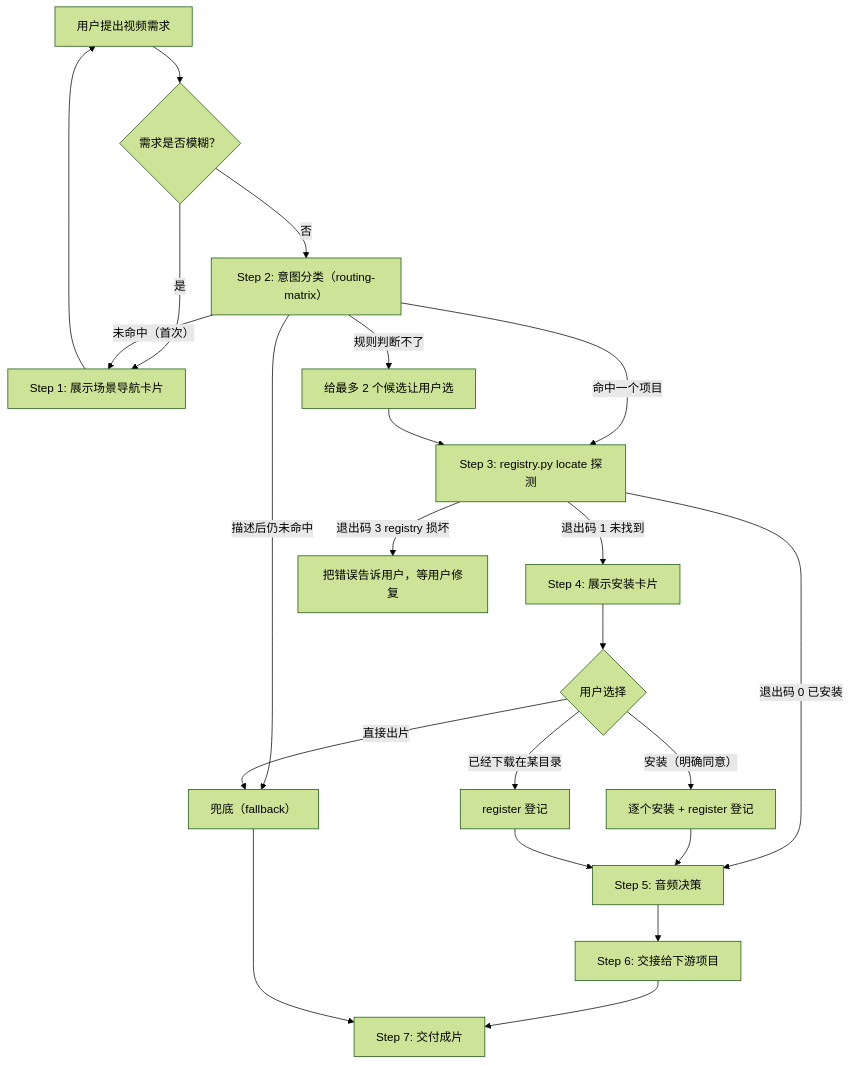
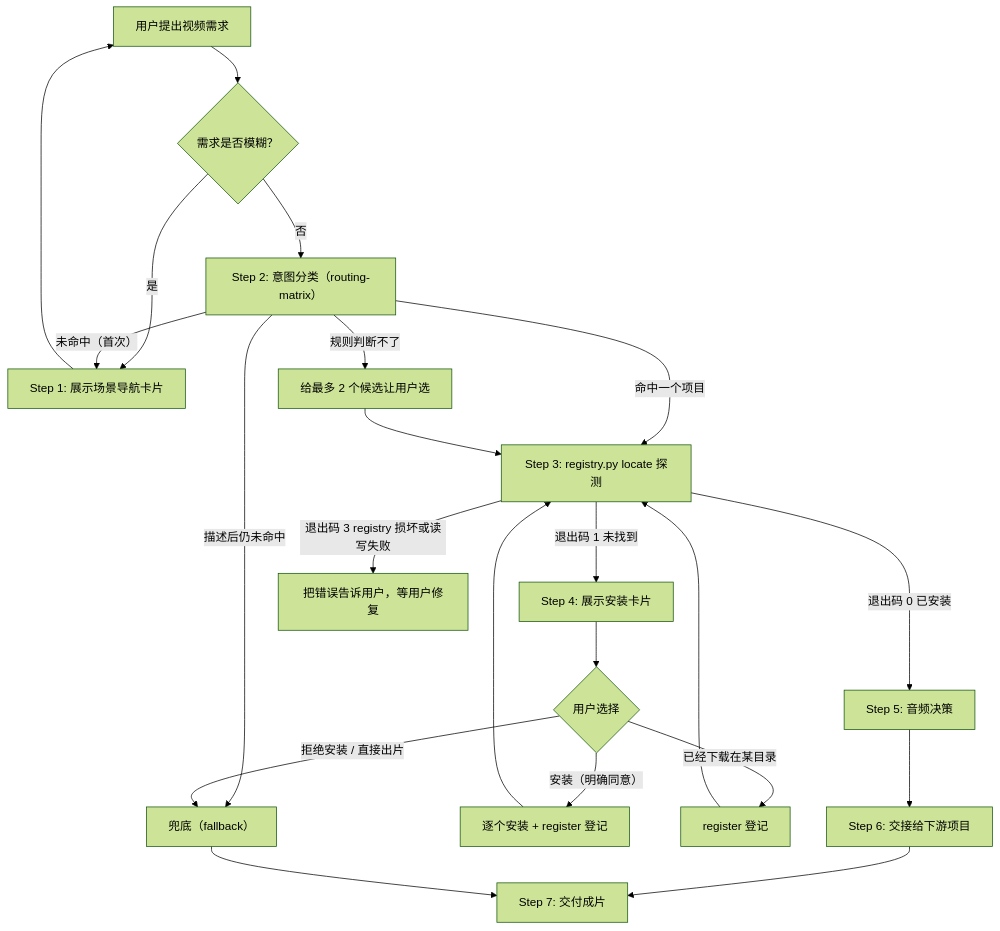
The diagram in lib/skills/leo-video-router/SKILL.md (zlpawn/shrimp), drawn with Mermaid (forest theme) before and after one commit. The commit also changed other lines of this file and 7 other files, not shown here.

First line of the commit message:
fix(leo-video-router): correct MPT audio paths and SKILL flow

````diff
--- a/lib/skills/leo-video-router/SKILL.md
+++ b/lib/skills/leo-video-router/SKILL.md
@@ -22,21 +22,21 @@
 ```mermaid
 flowchart TD
     A["用户提出视频需求"] --> B{"需求是否模糊？"}
     B -- "是" --> C["Step 1: 展示场景导航卡片"]
     C --> A
     B -- "否" --> D["Step 2: 意图分类（routing-matrix）"]
     D -- "命中一个项目" --> G["Step 3: registry.py locate 探测"]
     D -- "规则判断不了" --> Q["给最多 2 个候选让用户选"] --> G
     D -- "未命中（首次）" --> C
     D -- "描述后仍未命中" --> F["兜底（fallback）"]
     G -- "退出码 0 已安装" --> H["Step 5: 音频决策"]
     G -- "退出码 1 未找到" --> I["Step 4: 展示安装卡片"]
-    G -- "退出码 3 registry 损坏" --> X["把错误告诉用户，等用户修复"]
+    G -- "退出码 3 registry 损坏或读写失败" --> X["把错误告诉用户，等用户修复"]
     I --> J{"用户选择"}
-    J -- "安装（明确同意）" --> K["逐个安装 + register 登记"] --> H
-    J -- "已经下载在某目录" --> R["register 登记"] --> H
-    J -- "直接出片" --> F
+    J -- "安装（明确同意）" --> K["逐个安装 + register 登记"] --> G
+    J -- "已经下载在某目录" --> R["register 登记"] --> G
+    J -- "拒绝安装 / 直接出片" --> F
     H --> L["Step 6: 交接给下游项目"]
     L --> M["Step 7: 交付成片"]
     F --> M
 ```
````
